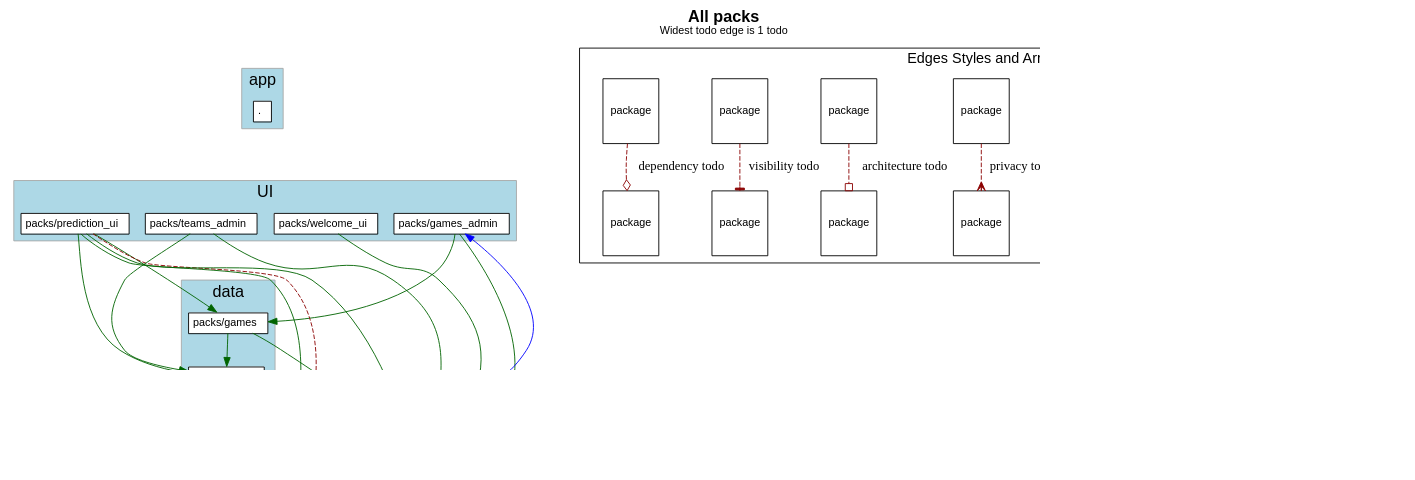
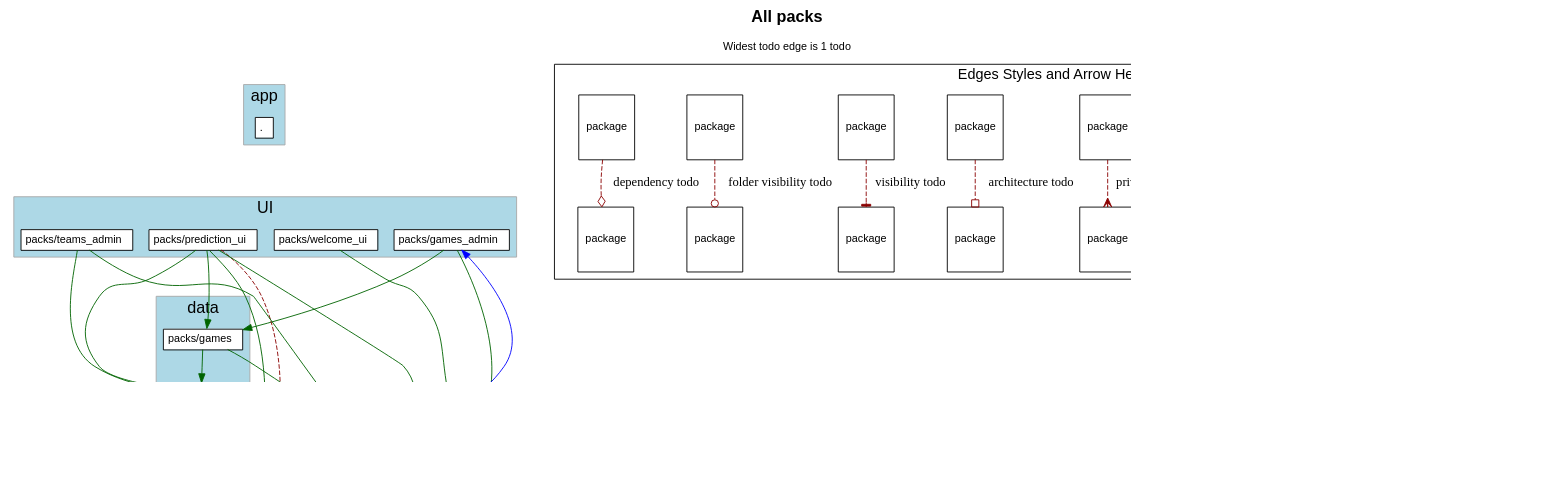
The diagram in c4s03/sportsball/c4s03_a_todos.dot (shageman/package-based-rails-applications-book), drawn with Graphviz before and after one commit. The commit also changed 192 other files, not shown here.

```diff
--- a/c4s03/sportsball/c4s03_a_todos.dot
+++ b/c4s03/sportsball/c4s03_a_todos.dot
@@ -5,7 +5,7 @@
     fontname="Helvetica,Arial,sans-serif"
     dpi=100
     layout=dot
-    label=<<b>All packs</b><br/><font point-size='12'>Widest todo edge is 1 todo</font>>
+    label=<<b>All packs</b><br/><br/><font point-size='12'>Widest todo edge is 1 todo</font>>
     fontsize=18
   ]
   node [
@@ -181,12 +181,12 @@
       A [ fontsize=12 shape=box label="package"]
       B [ fontsize=12 shape=box label="package"]
       A -> B [label="accepted dependency" color=darkgreen]
-      K [ fontsize=12 shape=box label="package"]
-      L [ fontsize=12 shape=box label="package"]
-      K -> L [label="nested package" color=purple]
       M [ fontsize=12 shape=box label="package"]
       N [ fontsize=12 shape=box label="package"]
-      M -> N [label="visibile to" color=blue]
+      M -> N [label="nested package" color=purple]
+      O [ fontsize=12 shape=box label="package"]
+      P [ fontsize=12 shape=box label="package"]
+      O -> P [label="visibile to" color=blue]
       C [ fontsize=12 shape=box label="package"]
       D [ fontsize=12 shape=box label="package"]
       C -> D [label="privacy todo" color=darkred style=dashed arrowhead=crow]
@@ -198,7 +198,10 @@
       G -> H [label="visibility todo" color=darkred style=dashed arrowhead=tee]
       I [ fontsize=12 shape=box label="package"]
       J [ fontsize=12 shape=box label="package"]
-      I -> J [label="dependency todo" color=darkred style=dashed arrowhead=odiamond]
+      I -> J [label="folder visibility todo" color=darkred style=dashed arrowhead=odot]
+      K [ fontsize=12 shape=box label="package"]
+      L [ fontsize=12 shape=box label="package"]
+      K -> L [label="dependency todo" color=darkred style=dashed arrowhead=odiamond]
       LEGEND_NODE_1 [ label="" peripheries=0 height=0 width=0 style=invis ]
       LEGEND_NODE_2 [ label="" peripheries=0 height=0 width=0 style=invis ]
       LEGEND_NODE_1 -> LEGEND_NODE_2 [ style=invis ]
```
